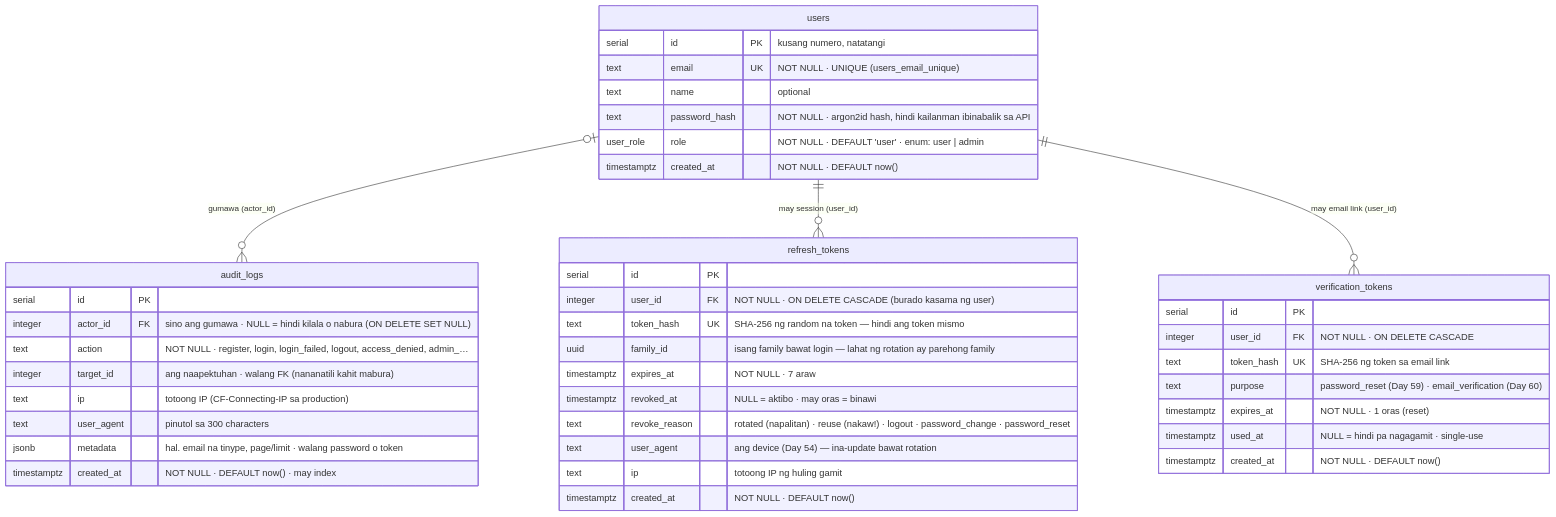
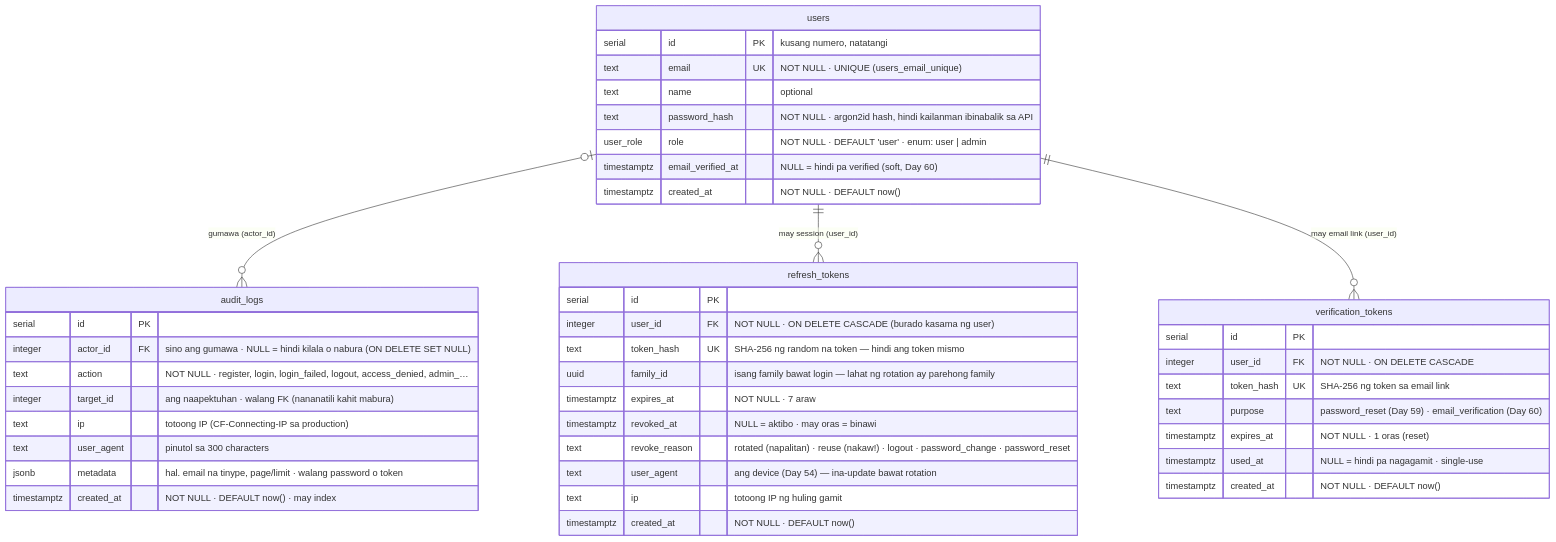
The first of 2 diagrams in docs/diagrams/02-er-diagram.md (nelson1869-ai/auth-learning), drawn with Mermaid before and after one commit. The commit also changed other lines of this file and 19 other files, not shown here.

````diff
--- a/docs/diagrams/02-er-diagram.md
+++ b/docs/diagrams/02-er-diagram.md
@@ -13,45 +13,46 @@
 ```mermaid
 erDiagram
     users {
         serial id PK "kusang numero, natatangi"
         text email UK "NOT NULL · UNIQUE (users_email_unique)"
         text name "optional"
         text password_hash "NOT NULL · argon2id hash, hindi kailanman ibinabalik sa API"
         user_role role "NOT NULL · DEFAULT 'user' · enum: user | admin"
+        timestamptz email_verified_at "NULL = hindi pa verified (soft, Day 60)"
         timestamptz created_at "NOT NULL · DEFAULT now()"
     }
     audit_logs {
         serial id PK
         integer actor_id FK "sino ang gumawa · NULL = hindi kilala o nabura (ON DELETE SET NULL)"
         text action "NOT NULL · register, login, login_failed, logout, access_denied, admin_…"
         integer target_id "ang naapektuhan · walang FK (nananatili kahit mabura)"
         text ip "totoong IP (CF-Connecting-IP sa production)"
         text user_agent "pinutol sa 300 characters"
         jsonb metadata "hal. email na tinype, page/limit · walang password o token"
         timestamptz created_at "NOT NULL · DEFAULT now() · may index"
     }
     refresh_tokens {
         serial id PK
         integer user_id FK "NOT NULL · ON DELETE CASCADE (burado kasama ng user)"
         text token_hash UK "SHA-256 ng random na token — hindi ang token mismo"
         uuid family_id "isang family bawat login — lahat ng rotation ay parehong family"
         timestamptz expires_at "NOT NULL · 7 araw"
         timestamptz revoked_at "NULL = aktibo · may oras = binawi"
         text revoke_reason "rotated (napalitan) · reuse (nakaw!) · logout · password_change · password_reset"
         text user_agent "ang device (Day 54) — ina-update bawat rotation"
         text ip "totoong IP ng huling gamit"
         timestamptz created_at "NOT NULL · DEFAULT now()"
     }
     users |o--o{ audit_logs : "gumawa (actor_id)"
     verification_tokens {
         serial id PK
         integer user_id FK "NOT NULL · ON DELETE CASCADE"
         text token_hash UK "SHA-256 ng token sa email link"
         text purpose "password_reset (Day 59) · email_verification (Day 60)"
         timestamptz expires_at "NOT NULL · 1 oras (reset)"
         timestamptz used_at "NULL = hindi pa nagagamit · single-use"
         timestamptz created_at "NOT NULL · DEFAULT now()"
     }
     users ||--o{ refresh_tokens : "may session (user_id)"
     users ||--o{ verification_tokens : "may email link (user_id)"
 ```
````
